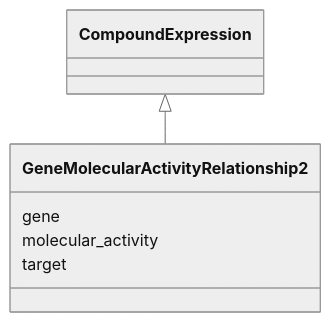
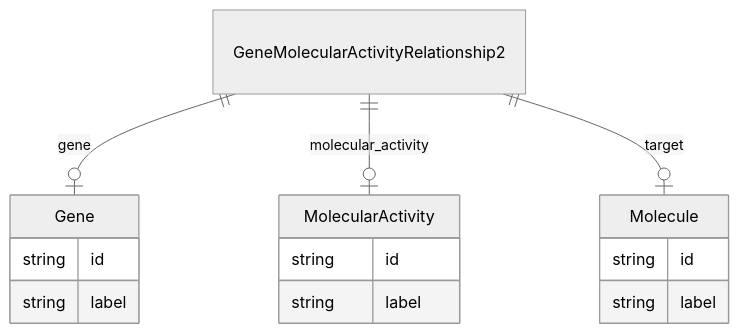
One commit to monarch-initiative/ontogpt changed the diagram in docs/gocam/GeneMolecularActivityRelationship2.md. Above: the diagram before and after it, drawn with Mermaid (neutral theme). The commit also changed 187 other files, not shown here.

````diff
--- a/docs/gocam/GeneMolecularActivityRelationship2.md
+++ b/docs/gocam/GeneMolecularActivityRelationship2.md
@@ -8,10 +8,23 @@
 ```mermaid
- classDiagram
-    class GeneMolecularActivityRelationship2
-      CompoundExpression <|-- GeneMolecularActivityRelationship2
-      
-      GeneMolecularActivityRelationship2 : gene
-      GeneMolecularActivityRelationship2 : molecular_activity
-      GeneMolecularActivityRelationship2 : target
-      
+erDiagram
+GeneMolecularActivityRelationship2 {
+
+}
+Molecule {
+    string id  
+    string label  
+}
+MolecularActivity {
+    string id  
+    string label  
+}
+Gene {
+    string id  
+    string label  
+}
+
+GeneMolecularActivityRelationship2 ||--|o Gene : "gene"
+GeneMolecularActivityRelationship2 ||--|o MolecularActivity : "molecular_activity"
+GeneMolecularActivityRelationship2 ||--|o Molecule : "target"
+
 ```
````
